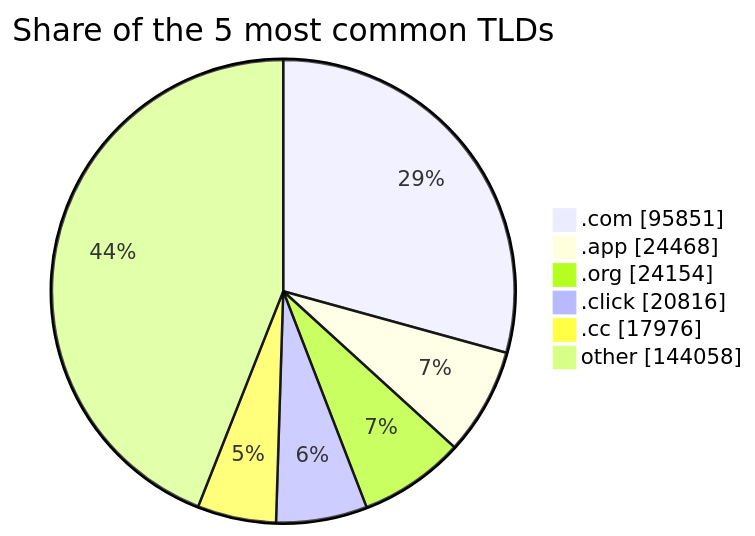
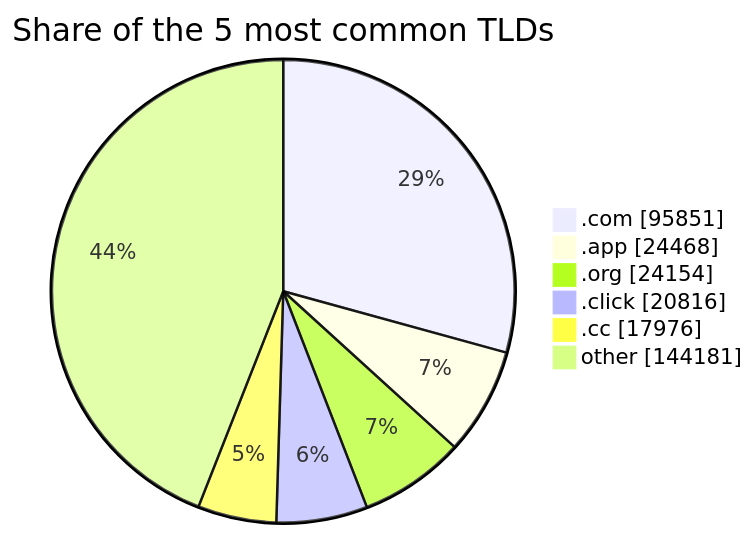
The third of 3 diagrams in README.md (DNSBunker/CTI), drawn with Mermaid before and after one commit. The commit also changed other lines of this file and 4 other files, not shown here.

````diff
--- a/README.md
+++ b/README.md
@@ -81,9 +81,9 @@
 ```mermaid
 pie showData title Share of the 5 most common TLDs
     ".com" : 95851
     ".app" : 24468
     ".org" : 24154
     ".click" : 20816
     ".cc" : 17976
-    "other" : 144058
+    "other" : 144181
 ```
````
